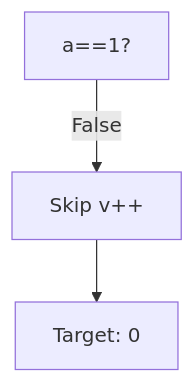
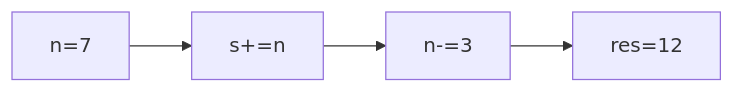
Before and after one commit to amnahwaida/OSNK_INF_PREP: diagram 17 of 25 in part-c-pemahaman-cpp/03-perulangan/latihan/set-05.md, drawn with Mermaid. The commit also changed other lines of this file and 71 other files, not shown here.

````diff
--- a/part-c-pemahaman-cpp/03-perulangan/latihan/set-05.md
+++ b/part-c-pemahaman-cpp/03-perulangan/latihan/set-05.md
@@ -557,5 +453,6 @@
 ```mermaid
-graph TD
-A["a==1?"] -- "False" --> B["Skip v++"]
-B --> C["Target: 0"]
+graph LR
+A["n=7"] --> B["s+=n"]
+B --> C["n-=3"]
+C --> D["res=12"]
 ```
````
